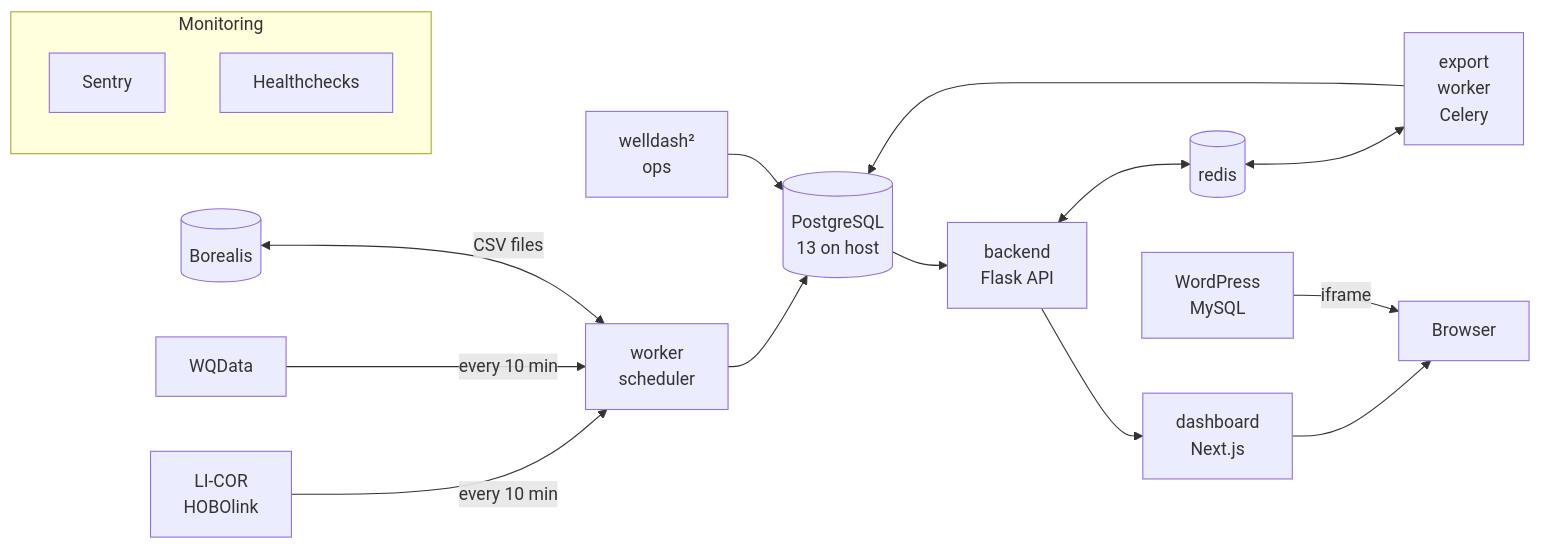
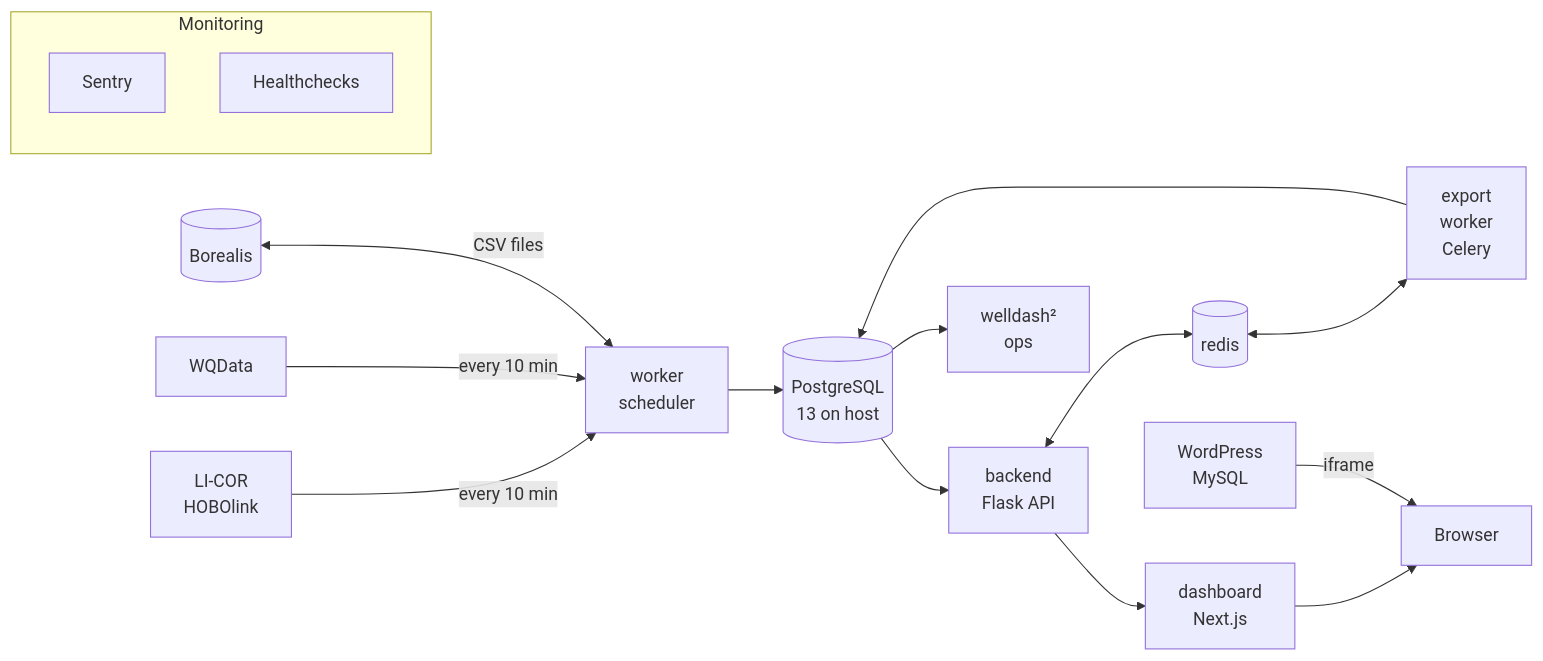
One commit to ARCO-Lab/WELLWebsite changed the diagram in README.md. Above: the diagram before and after it, drawn with Mermaid. The commit also changed other lines of this file, not shown here.

Commit message:
Point the welldash² arrow from PostgreSQL to welldash², and say what it reads from Sentry and Healthchecks
welldash² only reads the database, so the arrow now shows data flowing to it. Its Overview
page also shows Sentry issues and Healthchecks.io heartbeats when their read-only keys are
set, which the architecture list didn't mention.

````diff
--- a/README.md
+++ b/README.md
@@ -22,19 +22,19 @@
 ```mermaid
 flowchart LR
   licor["LI-COR<br/>HOBOlink"] -->|every 10 min| worker
   wqdata["WQData"] -->|every 10 min| worker
   borealis[("Borealis")] <-->|CSV files| worker
   worker["worker<br/>scheduler"] --> pg[("PostgreSQL<br/>13 on host")]
   pg --> backend["backend<br/>Flask API"]
   backend <--> redis[("redis")]
   redis <--> exp["export<br/>worker<br/>Celery"]
   exp --> pg
   backend --> nxt["dashboard<br/>Next.js"]
   nxt --> browser["Browser"]
   wp["WordPress<br/>MySQL"] -->|iframe| browser
-  ops["welldash²<br/>ops"] --> pg
+  pg --> ops["welldash²<br/>ops"]
   subgraph mon["Monitoring"]
     sentry["Sentry"]
     hc["Healthchecks"]
   end
 ```
````
